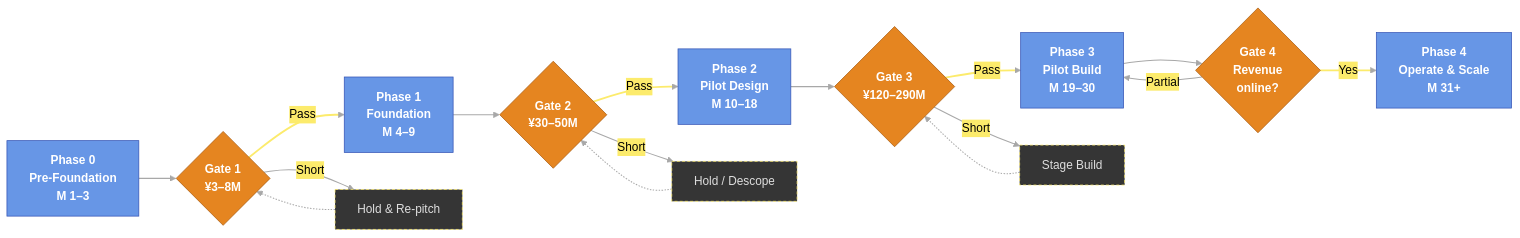
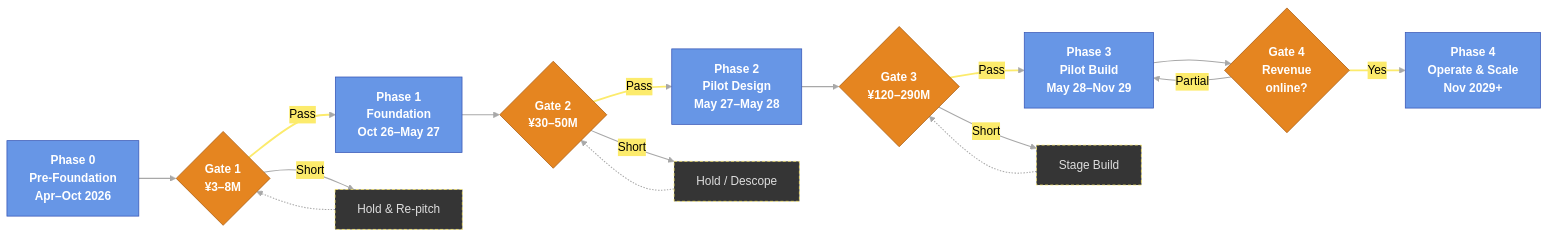
Before and after one commit to robouden/mitsue-ai-data-center: the first of 2 diagrams in mitsue_phases_funding_flowchart.md, drawn with Mermaid. The commit also changed other lines of this file and 17 other files, not shown here.

First line of the commit message:
docs(schedule): sync phase timeline to operative OpenProject Gantt

````diff
--- a/mitsue_phases_funding_flowchart.md
+++ b/mitsue_phases_funding_flowchart.md
@@ -36,48 +38,48 @@
 ```mermaid
 %%{init: {'theme':'base','flowchart':{'htmlLabels':true},'themeVariables':{
   'background':'#404040',
   'primaryColor':'#6796e6','primaryTextColor':'#FFFFFF','primaryBorderColor':'#3655b5',
   'lineColor':'#A8A8A8','textColor':'#DEDEDE',
   'edgeLabelBackground':'#FCEB6C',
   'fontFamily':'Segoe UI, Helvetica, sans-serif'
 }}}%%
 flowchart LR
-    P0["Phase 0<br/>Pre-Foundation<br/>M 1–3"]
-    P1["Phase 1<br/>Foundation<br/>M 4–9"]
-    P2["Phase 2<br/>Pilot Design<br/>M 10–18"]
-    P3["Phase 3<br/>Pilot Build<br/>M 19–30"]
-    P4["Phase 4<br/>Operate &amp; Scale<br/>M 31+"]
+    P0["Phase 0<br/>Pre-Foundation<br/>Apr–Oct 2026"]
+    P1["Phase 1<br/>Foundation<br/>Oct 26–May 27"]
+    P2["Phase 2<br/>Pilot Design<br/>May 27–May 28"]
+    P3["Phase 3<br/>Pilot Build<br/>May 28–Nov 29"]
+    P4["Phase 4<br/>Operate &amp; Scale<br/>Nov 2029+"]
 
     G1{"Gate 1<br/>¥3–8M"}
     G2{"Gate 2<br/>¥30–50M"}
     G3{"Gate 3<br/>¥120–290M"}
     G4{"Gate 4<br/>Revenue<br/>online?"}
 
     H1["Hold &amp; Re-pitch"]
     H2["Hold / Descope"]
     H3["Stage Build"]
 
     P0 --> G1
     G1 -->|Pass| P1
     P1 --> G2
     G2 -->|Pass| P2
     P2 --> G3
     G3 -->|Pass| P3
     P3 --> G4
     G4 -->|Yes| P4
 
     G1 -->|Short| H1 -.-> G1
     G2 -->|Short| H2 -.-> G2
     G3 -->|Short| H3 -.-> G3
     G4 -->|Partial| P3
 
     classDef phase fill:#6796e6,stroke:#3655b5,stroke-width:1px,color:#FFFFFF,font-weight:bold
     classDef gate  fill:#e58520,stroke:#A85C10,stroke-width:1px,color:#FFFFFF,font-weight:bold
     classDef hold  fill:#353535,stroke:#FCEB6C,stroke-width:1px,color:#DEDEDE,stroke-dasharray:4 3
     class P0,P1,P2,P3,P4 phase
     class G1,G2,G3,G4 gate
     class H1,H2,H3 hold
 
     linkStyle default stroke:#A8A8A8,stroke-width:1.4px,color:#000000
     linkStyle 1,3,5,7 stroke:#FCEB6C,stroke-width:2.5px,color:#000000
 ```
````
